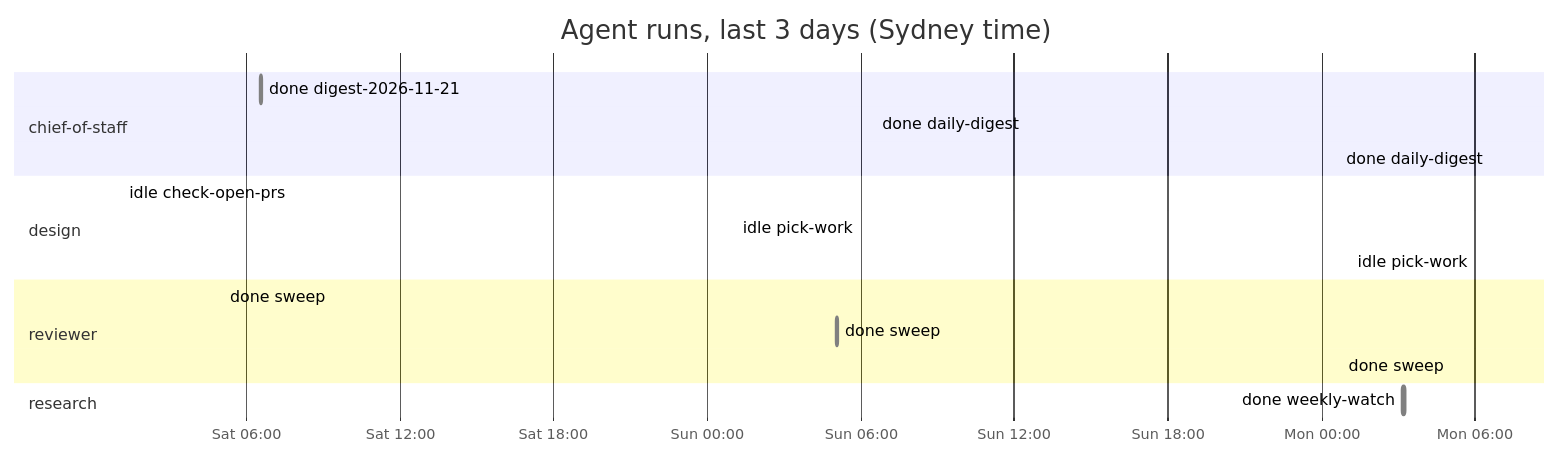
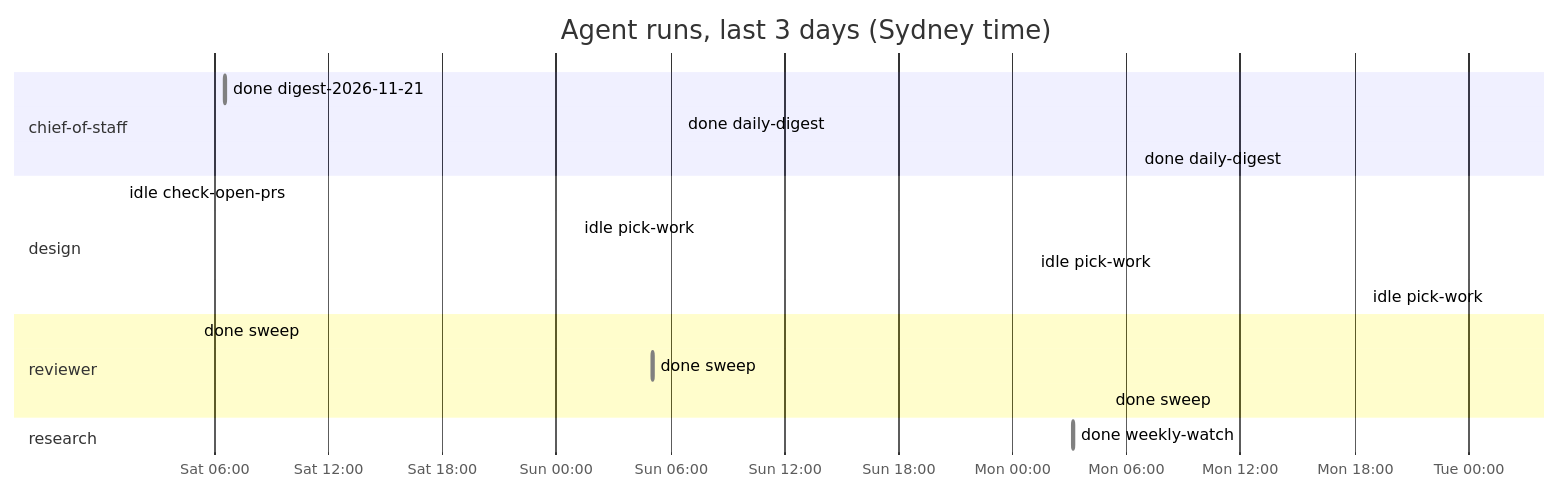
The diagram in dashboard.md (roulmediateam-byte/fifteen-expert-hq), drawn with Mermaid before and after one commit. The commit also changed other lines of this file and 1 other file, not shown here.

````diff
--- a/dashboard.md
+++ b/dashboard.md
@@ -51,20 +51,21 @@
 ```mermaid
 gantt
     title Agent runs, last 3 days (Sydney time)
     dateFormat YYYY-MM-DD HH:mm
     axisFormat %a %H:%M
     section chief-of-staff
     done digest-2026-11-21 :done, 2026-11-21 06:34, 2026-11-21 06:36
     done daily-digest :done, 2026-11-22 06:34, 2026-11-22 06:36
     done daily-digest :done, 2026-11-23 06:35, 2026-11-23 06:36
     section design
     idle check-open-prs :done, 2026-11-21 01:10, 2026-11-21 01:11
     idle pick-work :done, 2026-11-22 01:08, 2026-11-22 01:08
     idle pick-work :done, 2026-11-23 01:08, 2026-11-23 01:09
+    idle pick-work :done, 2026-11-24 01:09, 2026-11-24 01:09
     section reviewer
     done sweep :done, 2026-11-21 05:05, 2026-11-21 05:06
     done sweep :done, 2026-11-22 05:05, 2026-11-22 05:06
     done sweep :done, 2026-11-23 05:04, 2026-11-23 05:06
     section research
     done weekly-watch :done, 2026-11-23 03:10, 2026-11-23 03:17
 ```
````
